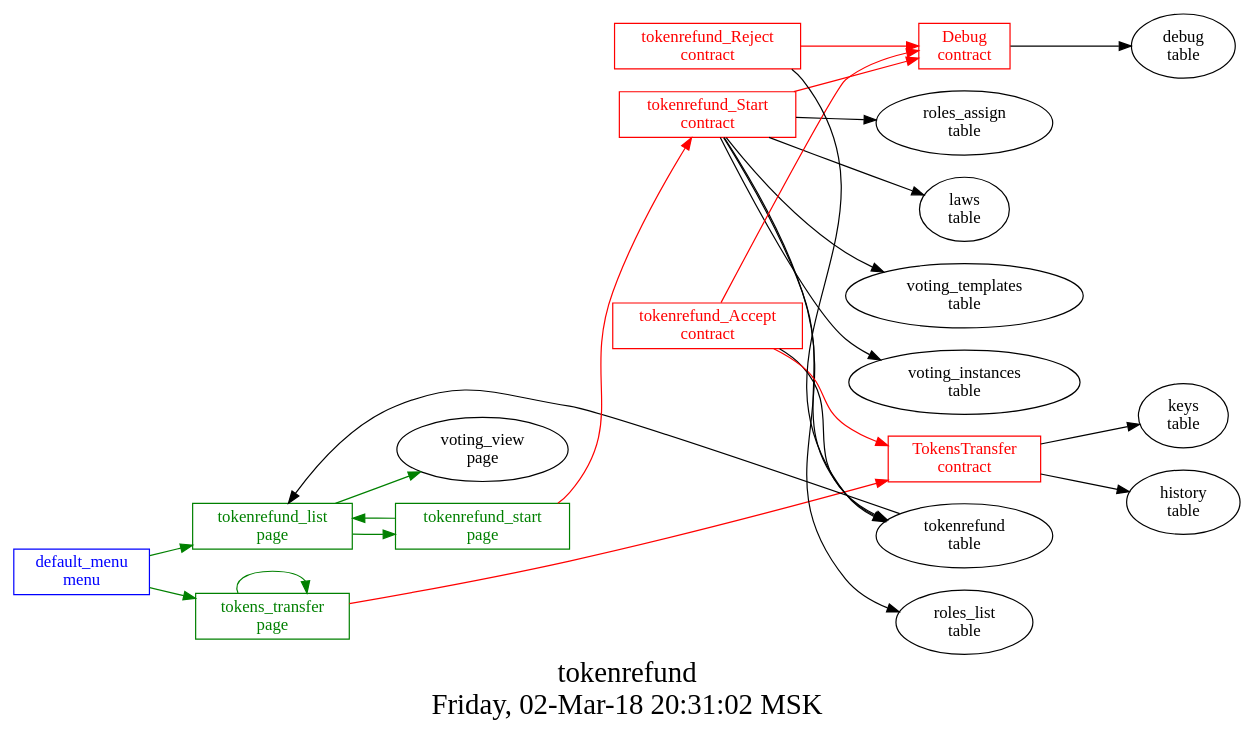
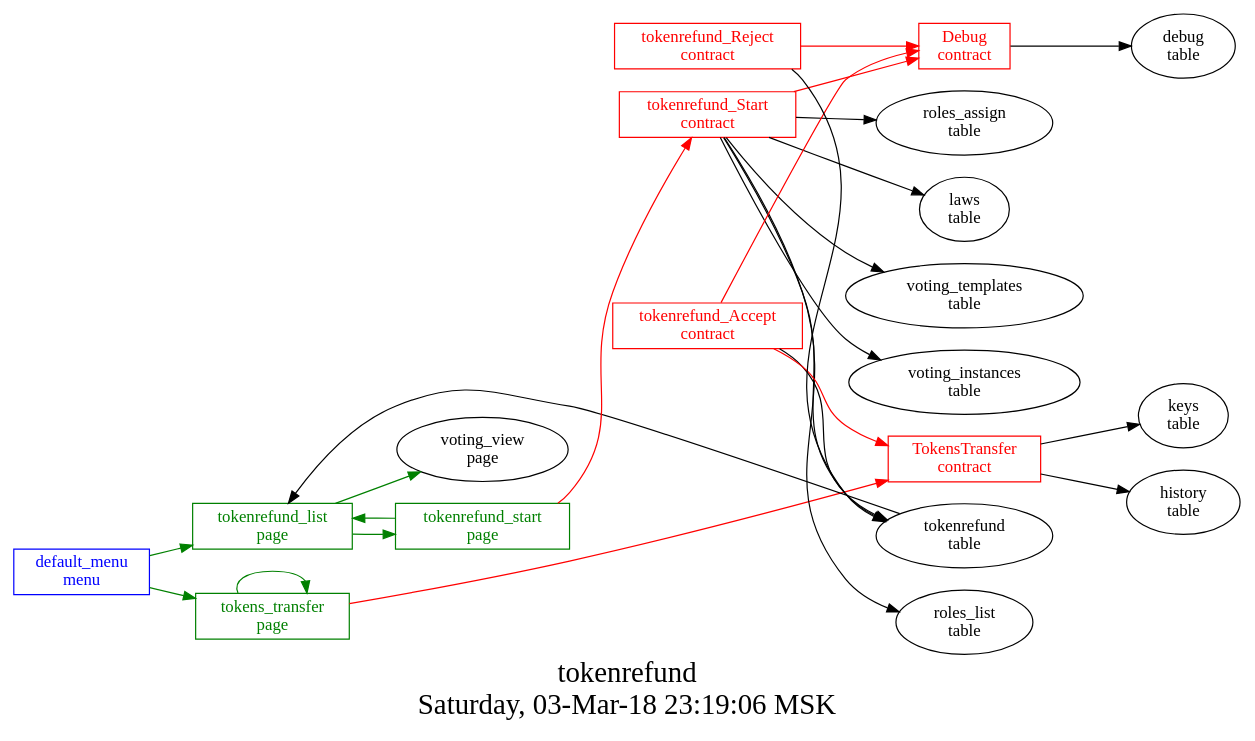
The diagram in src/tokenrefund/struct.dot (AplaProject/apps), drawn with Graphviz before and after one commit. The commit also changed 13 other files, not shown here.

```diff
--- a/src/tokenrefund/struct.dot
+++ b/src/tokenrefund/struct.dot
@@ -1,46 +1,46 @@
 digraph G {
 graph [
   fontsize="24";
-  label="tokenrefund\nFriday, 02-Mar-18 20:31:02 MSK";
+  label="tokenrefund\nSaturday, 03-Mar-18 23:19:06 MSK";
   nojustify=true;
   ordering=out;
   rankdir=LR;
   size="30";
 ];
 "default_menu\nmenu" -> "tokenrefund_list\npage"  [ color=green ]
 "default_menu\nmenu" -> "tokens_transfer\npage"  [ color=green ]
 "default_menu\nmenu" [color=blue, fontcolor=blue, group=menus, shape=record];
 "tokenrefund\ntable" -> "tokenrefund_list\npage"  [ color="" ]
 "tokenrefund_list\npage" -> "voting_view\npage"  [ color=green ]
 "tokenrefund_list\npage" -> "tokenrefund_start\npage"  [ color=green ]
 "tokenrefund_list\npage" [color=green, fontcolor=green, group=pages, shape=record];
 "tokenrefund_start\npage" -> "tokenrefund_Start\ncontract"  [ color=red ]
 "tokenrefund_start\npage" -> "tokenrefund_list\npage"  [ color=green ]
 "tokenrefund_start\npage" [color=green, fontcolor=green, group=pages, shape=record];
 "tokens_transfer\npage" -> "TokensTransfer\ncontract"  [ color=red ]
 "tokens_transfer\npage" -> "tokens_transfer\npage"  [ color=green ]
 "tokens_transfer\npage" [color=green, fontcolor=green, group=pages, shape=record];
 "Debug\ncontract" -> "debug\ntable"  [ color="" ]
 "Debug\ncontract" [color=red, fontcolor=red, group=contracts, shape=record];
 "TokensTransfer\ncontract" -> "keys\ntable"  [ color="" ]
 "TokensTransfer\ncontract" -> "history\ntable"  [ color="" ]
 "TokensTransfer\ncontract" [color=red, fontcolor=red, group=contracts, shape=record];
 "tokenrefund_Accept\ncontract" -> "Debug\ncontract"  [ color=red ]
 "tokenrefund_Accept\ncontract" -> "TokensTransfer\ncontract"  [ color=red ]
 "tokenrefund_Accept\ncontract" -> "tokenrefund\ntable"  [ color="" ]
 "tokenrefund_Accept\ncontract" [color=red, fontcolor=red, group=contracts, shape=record];
 "tokenrefund_Reject\ncontract" -> "Debug\ncontract"  [ color=red ]
 "tokenrefund_Reject\ncontract" -> "tokenrefund\ntable"  [ color="" ]
 "tokenrefund_Reject\ncontract" [color=red, fontcolor=red, group=contracts, shape=record];
 "tokenrefund_Start\ncontract" -> "Debug\ncontract"  [ color=red ]
 "tokenrefund_Start\ncontract" -> "roles_assign\ntable"  [ color="" ]
 "tokenrefund_Start\ncontract" -> "laws\ntable"  [ color="" ]
 "tokenrefund_Start\ncontract" -> "voting_templates\ntable"  [ color="" ]
 "tokenrefund_Start\ncontract" -> "voting_instances\ntable"  [ color="" ]
 "tokenrefund_Start\ncontract" -> "tokenrefund\ntable"  [ color="" ]
 "tokenrefund_Start\ncontract" -> "roles_list\ntable"  [ color="" ]
 "tokenrefund_Start\ncontract" [color=red, fontcolor=red, group=contracts, shape=record];
 "debug\ntable" [color="", fontcolor="", group=tables, shape=""];
 "laws\ntable" [color="", fontcolor="", group=tables, shape=""];
 "tokenrefund\ntable" [color="", fontcolor="", group=tables, shape=""];
 }
```
